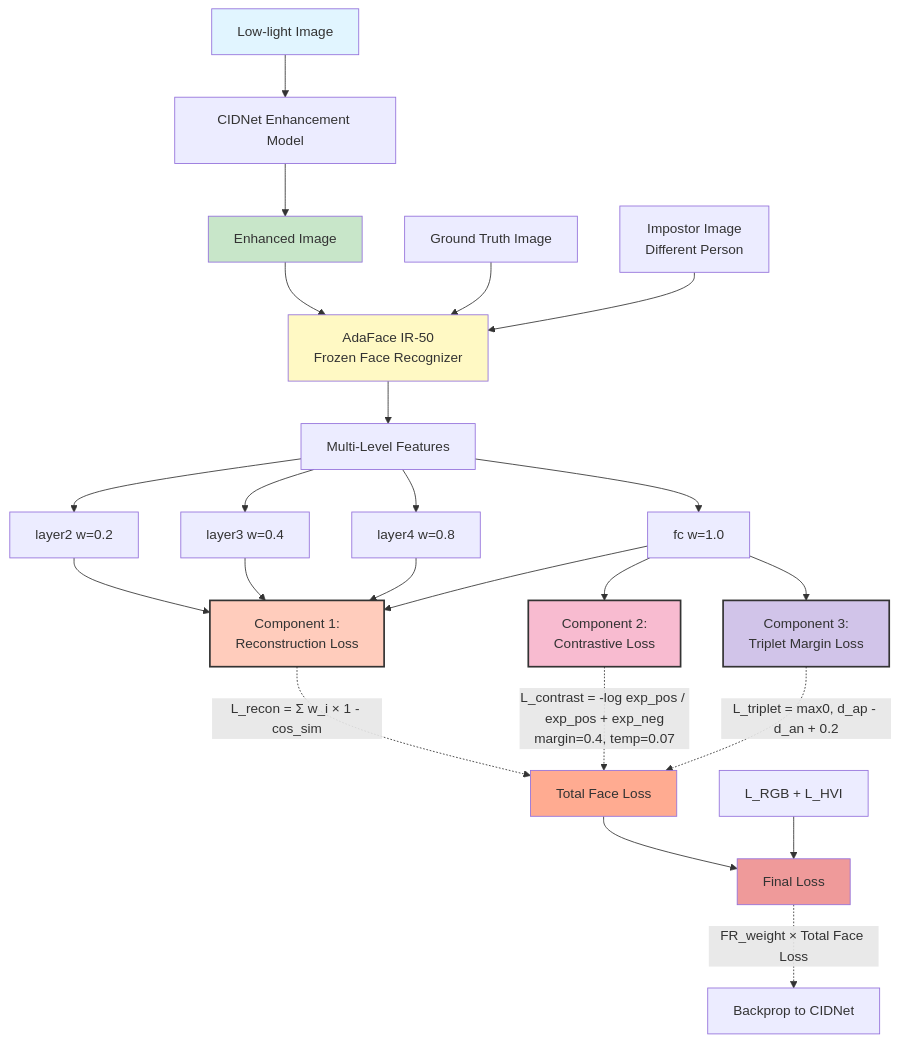
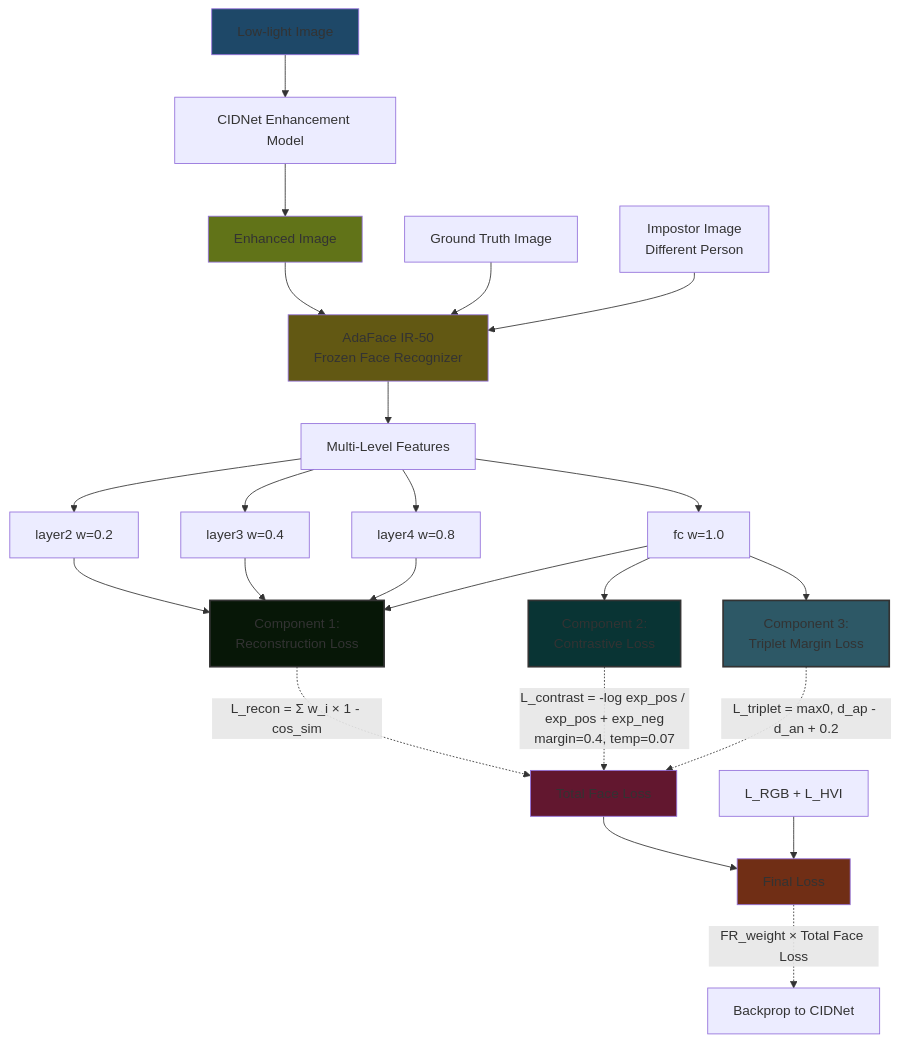
The diagram in figure2_loss_architecture.mmd (jamal-uddin5823/HVI-CIDNet), drawn with Mermaid before and after one commit. The commit also changed 6 other files, not shown here.

```diff
--- a/figure2_loss_architecture.mmd
+++ b/figure2_loss_architecture.mmd
@@ -1,43 +1,43 @@
 graph TD
     A[Low-light Image] --> B[CIDNet Enhancement Model]
     B --> C[Enhanced Image]
 
     C --> D[AdaFace IR-50<br/>Frozen Face Recognizer]
     E[Ground Truth Image] --> D
     F[Impostor Image<br/>Different Person] --> D
 
     D --> G1[Multi-Level Features]
     G1 --> G2[layer2 w=0.2]
     G1 --> G3[layer3 w=0.4]
     G1 --> G4[layer4 w=0.8]
     G1 --> G5[fc w=1.0]
 
     G2 --> H1[Component 1:<br/>Reconstruction Loss]
     G3 --> H1
     G4 --> H1
     G5 --> H1
 
     H1 -.->|L_recon = Σ w_i × 1 - cos_sim| I[Total Face Loss]
 
     G5 --> H2[Component 2:<br/>Contrastive Loss]
     H2 -.->|L_contrast = -log exp_pos / exp_pos + exp_neg<br/>margin=0.4, temp=0.07| I
 
     G5 --> H3[Component 3:<br/>Triplet Margin Loss]
     H3 -.->|L_triplet = max0, d_ap - d_an + 0.2| I
 
     I --> J[Final Loss]
     K[L_RGB + L_HVI] --> J
 
     J -.->|FR_weight × Total Face Loss| L[Backprop to CIDNet]
 
-    style A fill:#e1f5ff
-    style C fill:#c8e6c9
-    style D fill:#fff9c4
-    style H1 fill:#ffccbc
-    style H2 fill:#f8bbd0
-    style H3 fill:#d1c4e9
-    style I fill:#ffab91
-    style J fill:#ef9a9a
+    style A fill:#1e4868
+    style C fill:#617318
+    style D fill:#625813
+    style H1 fill:#071707
+    style H2 fill:#093434
+    style H3 fill:#2d5866
+    style I fill:#62172f
+    style J fill:#702e15
 
     classDef lossComponent fill:#fff,stroke:#333,stroke-width:2px
     class H1,H2,H3 lossComponent
```
